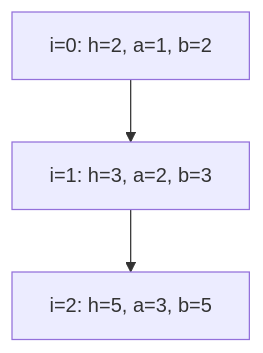
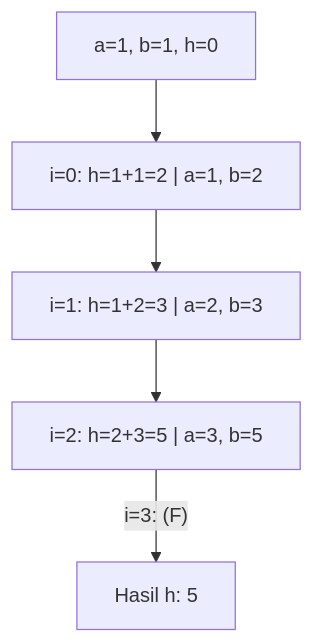
One commit to amnahwaida/OSNK_INF_PREP changed the first of 10 diagrams in part-c-pemahaman-cpp/03-perulangan/latihan/set-05.md. Above: the diagram before and after it, drawn with Mermaid. The commit also changed other lines of this file and 30 other files, not shown here.

Commit message:
✨ Premium Overhaul: Modul 05 (Rekursi) & 06 (Bitwise) - 100 soal baru dengan Mermaid Call Stack & Bit-Grid diagrams

````diff
--- a/part-c-pemahaman-cpp/03-perulangan/latihan/set-05.md
+++ b/part-c-pemahaman-cpp/03-perulangan/latihan/set-05.md
@@ -28,5 +28,7 @@
 ```mermaid
 graph TD
-A["i=0: h=2, a=1, b=2"] --> B["i=1: h=3, a=2, b=3"]
-B --> C["i=2: h=5, a=3, b=5"]
+Start["a=1, b=1, h=0"] --> I0["i=0: h=1+1=2 | a=1, b=2"]
+I0 --> I1["i=1: h=1+2=3 | a=2, b=3"]
+I1 --> I2["i=2: h=2+3=5 | a=3, b=5"]
+I2 -- "i=3: (F)" --> End["Hasil h: 5"]
 ```
````
